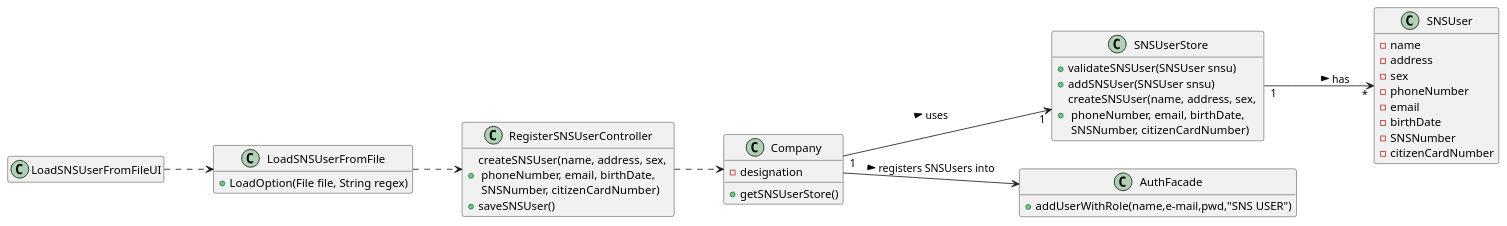
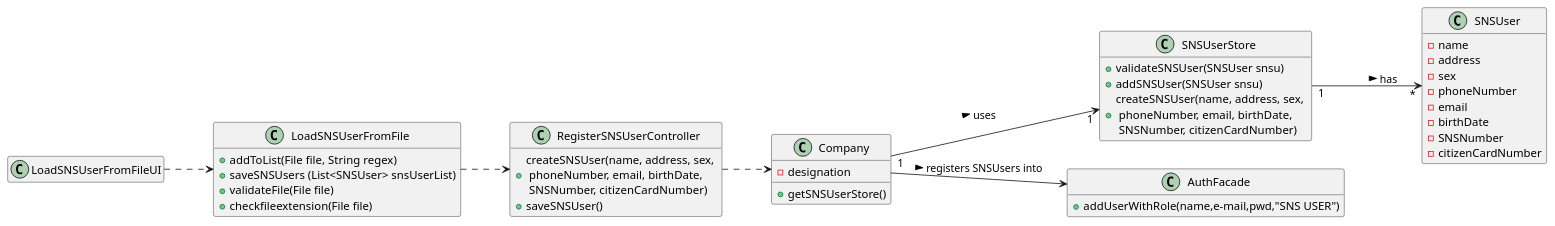
One commit to PedroMesquita1211171/VaccinationManager changed the diagram in docs/SprintC/US/US14/US014_CD.puml. Above: the diagram before and after it, drawn with PlantUML. The commit also changed 14 other files, not shown here.

```diff
--- a/docs/SprintC/US/US14/US014_CD.puml
+++ b/docs/SprintC/US/US14/US014_CD.puml
@@ -1,54 +1,57 @@
 @startuml
 'https://plantuml.com/class-diagram
 
 hide empty members
 left to right direction
 
 
 class LoadSNSUserFromFileUI{
 }
 
 class LoadSNSUserFromFile{
-+LoadOption(File file, String regex)
++addToList(File file, String regex)
++saveSNSUsers (List<SNSUser> snsUserList)
++validateFile(File file)
++checkfileextension(File file)
 }
 
 class Company {
 - designation
 + getSNSUserStore()
 }
 
 
 
 class RegisterSNSUserController {
 + createSNSUser(name, address, sex, \n phoneNumber, email, birthDate, \n SNSNumber, citizenCardNumber)
 + saveSNSUser()
 }
 
 class SNSUser {
 -name
 -address
 -sex
 -phoneNumber
 -email
 -birthDate
 -SNSNumber
 -citizenCardNumber
 }
 
 class SNSUserStore {
 + validateSNSUser(SNSUser snsu)
 + addSNSUser(SNSUser snsu)
 + createSNSUser(name, address, sex, \n phoneNumber, email, birthDate, \n SNSNumber, citizenCardNumber)
 }
 
 class AuthFacade{
 + addUserWithRole(name,e-mail,pwd,"SNS USER")
 }
 
 LoadSNSUserFromFileUI ..> LoadSNSUserFromFile
 LoadSNSUserFromFile ..> RegisterSNSUserController
 RegisterSNSUserController ..> Company
 Company "1" --> "1" SNSUserStore: uses >
 SNSUserStore "1" --> "*" SNSUser: has >
 Company --> AuthFacade : registers SNSUsers into >
 @enduml
```
